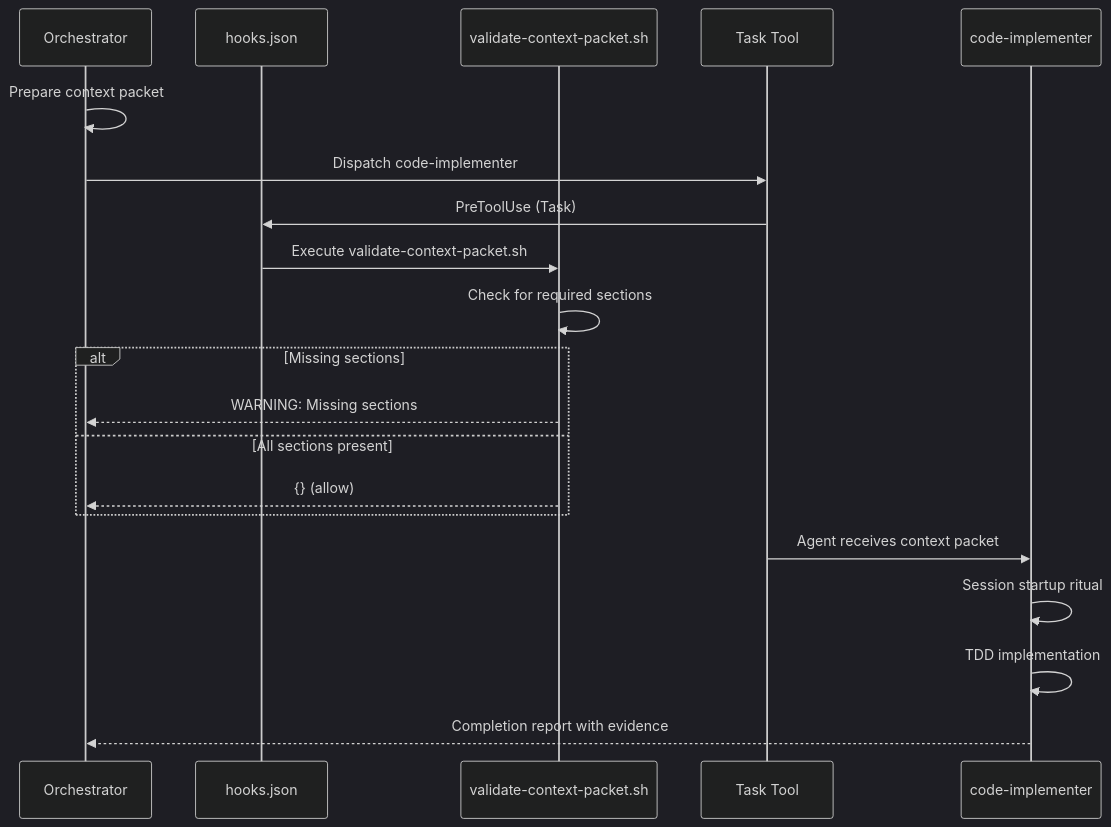
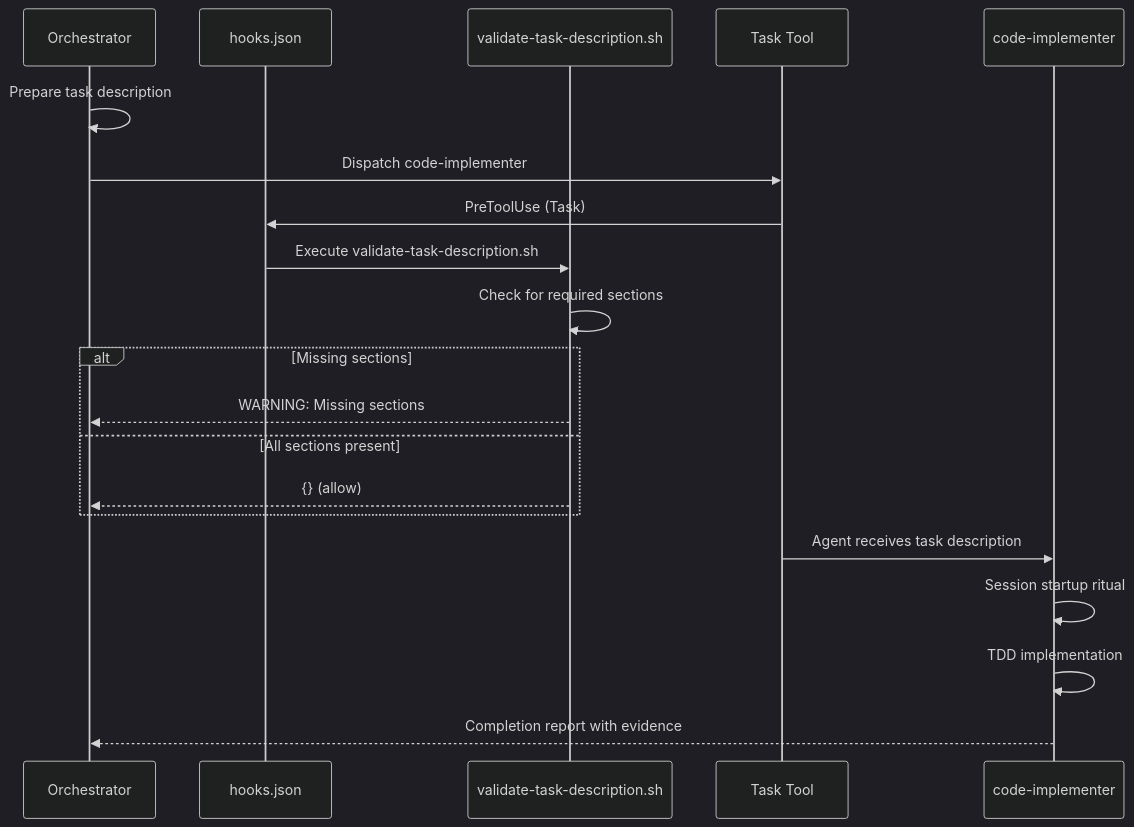
One commit to petersontylerd/cc-workflow-ecosystem changed the seventh of 9 diagrams in docs/workflow-guides/intermediate-pattern.md. Above: the diagram before and after it, drawn with Mermaid (dark theme). The commit also changed other lines of this file and 15 other files, not shown here.

First line of the commit message:
docs: rename context packet to task description, make guides self-contained

````diff
--- a/docs/workflow-guides/intermediate-pattern.md
+++ b/docs/workflow-guides/intermediate-pattern.md
@@ -132,26 +482,26 @@
 ```mermaid
 sequenceDiagram
     participant Orchestrator
     participant Hook as hooks.json
-    participant Validate as validate-context-packet.sh
+    participant Validate as validate-task-description.sh
     participant Task as Task Tool
     participant Impl as code-implementer
 
-    Orchestrator->>Orchestrator: Prepare context packet
+    Orchestrator->>Orchestrator: Prepare task description
     Orchestrator->>Task: Dispatch code-implementer
 
     Task->>Hook: PreToolUse (Task)
-    Hook->>Validate: Execute validate-context-packet.sh
+    Hook->>Validate: Execute validate-task-description.sh
     Validate->>Validate: Check for required sections
 
     alt Missing sections
         Validate-->>Orchestrator: WARNING: Missing sections
     else All sections present
         Validate-->>Orchestrator: {} (allow)
     end
 
-    Task->>Impl: Agent receives context packet
+    Task->>Impl: Agent receives task description
     Impl->>Impl: Session startup ritual
     Impl->>Impl: TDD implementation
     Impl-->>Orchestrator: Completion report with evidence
 ```
````
